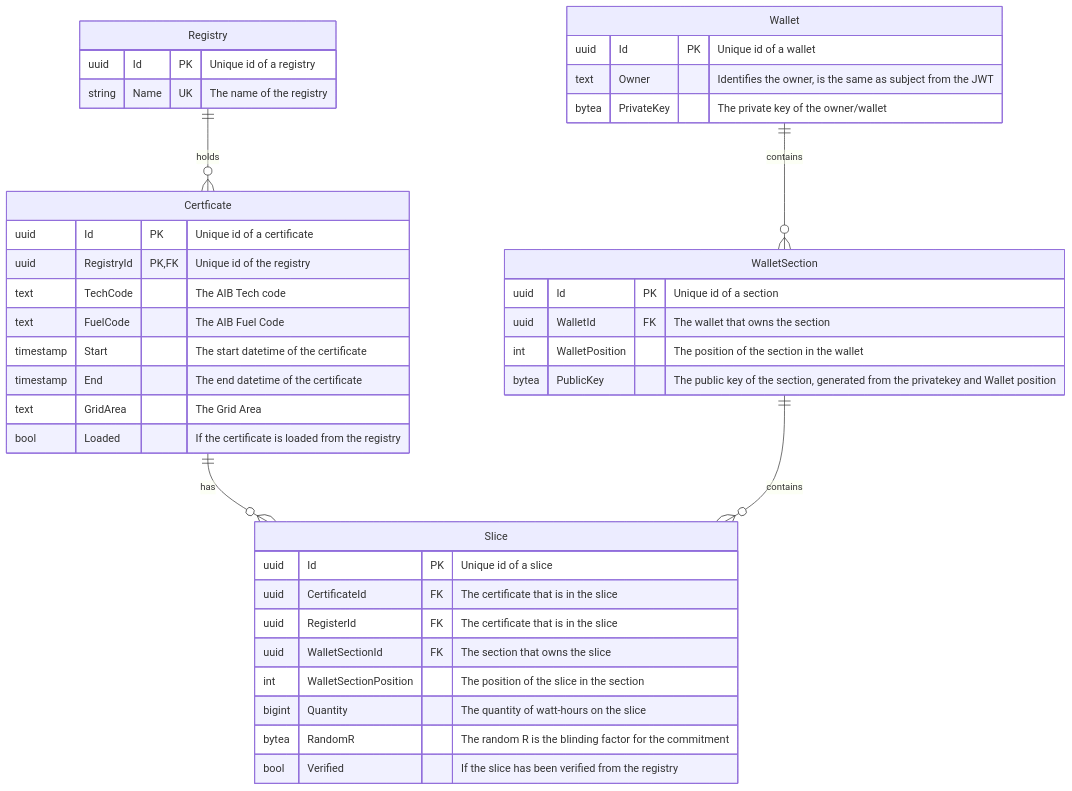
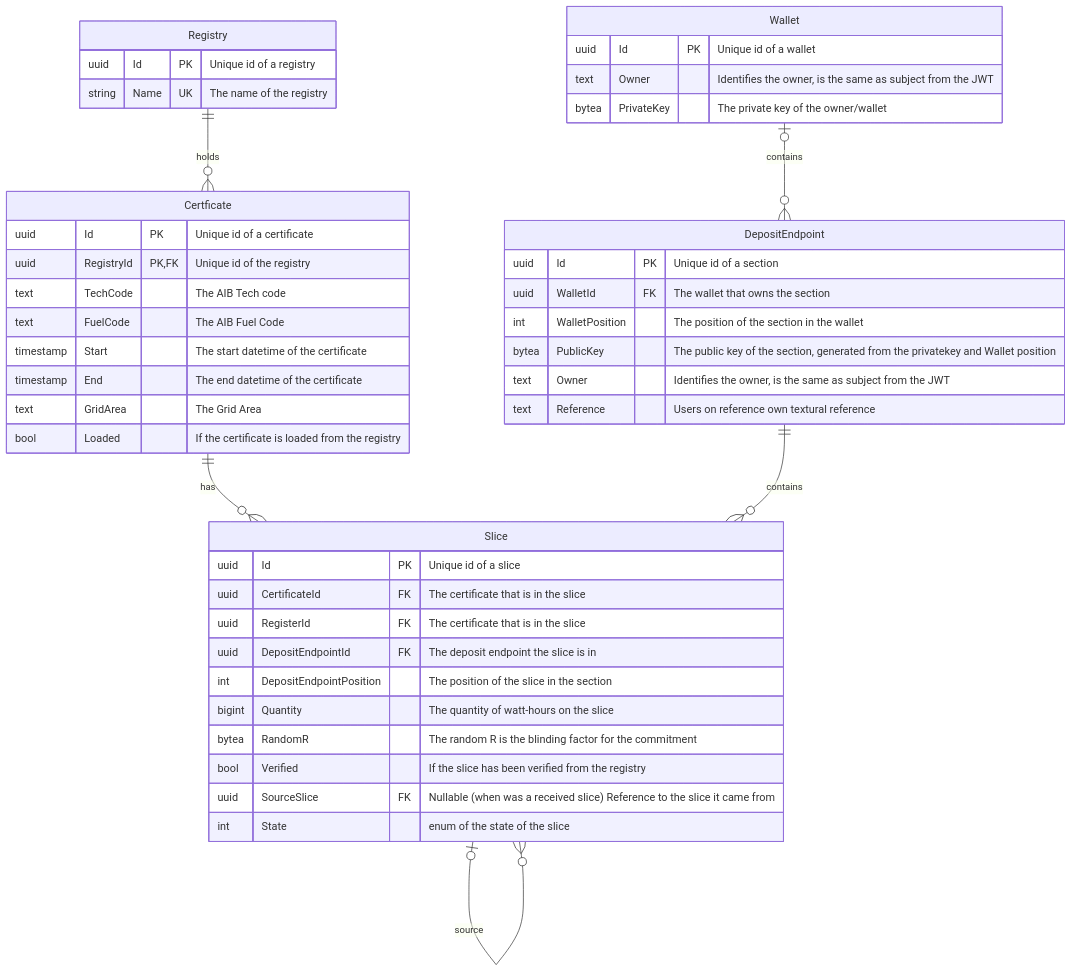
One commit to project-origin/wallet changed the diagram in doc/db_schema.md. Above: the diagram before and after it, drawn with Mermaid. The commit also changed 2 other files, not shown here.

````diff
--- a/doc/db_schema.md
+++ b/doc/db_schema.md
@@ -1,51 +1,58 @@
 ```mermaid
 erDiagram
 
     Wallet {
         uuid Id PK "Unique id of a wallet"
         text Owner "Identifies the owner, is the same as subject from the JWT"
         bytea PrivateKey "The private key of the owner/wallet"
     }
 
-    Wallet ||--o{ WalletSection : contains
+    Wallet |o--o{ DepositEndpoint : contains
 
     Certficate {
         uuid Id PK "Unique id of a certificate"
         uuid RegistryId PK,FK "Unique id of the registry"
         text TechCode "The AIB Tech code"
         text FuelCode "The AIB Fuel Code"
         timestamp Start "The start datetime of the certificate"
         timestamp End "The end datetime of the certificate"
         text GridArea "The Grid Area"
         bool Loaded "If the certificate is loaded from the registry"
     }
 
     Certficate ||--o{ Slice : has
 
-    WalletSection {
+    DepositEndpoint {
         uuid Id PK "Unique id of a section"
         uuid WalletId FK "The wallet that owns the section"
         int WalletPosition "The position of the section in the wallet"
         bytea PublicKey "The public key of the section, generated from the privatekey and Wallet position"
+        text Owner "Identifies the owner, is the same as subject from the JWT"
+        text Reference "Users on reference own textural reference"
     }
+
+    Slice |o--o{ Slice : source
+
 
     Slice {
         uuid Id PK "Unique id of a slice"
         uuid CertificateId FK "The certificate that is in the slice"
         uuid RegisterId FK "The certificate that is in the slice"
-        uuid WalletSectionId FK "The section that owns the slice"
-        int WalletSectionPosition "The position of the slice in the section"
+        uuid DepositEndpointId FK "The deposit endpoint the slice is in"
+        int DepositEndpointPosition "The position of the slice in the section"
         bigint Quantity "The quantity of watt-hours on the slice"
         bytea RandomR "The random R is the blinding factor for the commitment"
         bool Verified "If the slice has been verified from the registry"
+        uuid SourceSlice FK "Nullable (when was a received slice) Reference to the slice it came from"
+        int State "enum of the state of the slice"
     }
 
-    WalletSection ||--o{ Slice : contains
+    DepositEndpoint ||--o{ Slice : contains
     Registry ||--o{ Certficate : holds
 
     Registry {
         uuid Id PK "Unique id of a registry"
         string Name UK "The name of the registry"
     }
 
 ```
````
